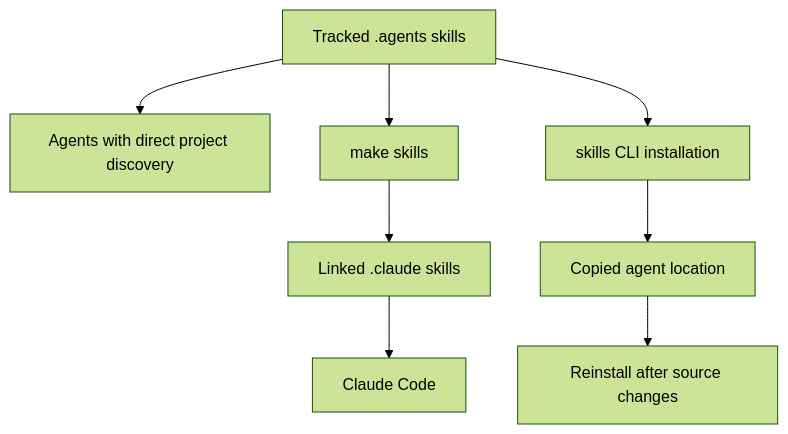
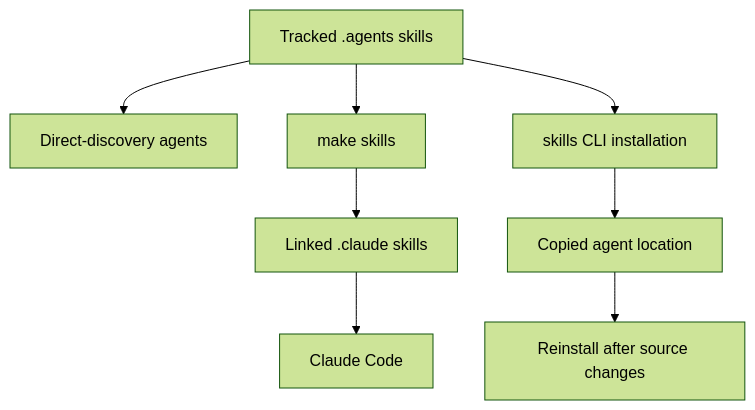
The diagram in openwiki/operations/agent-skills.md (langchain-ai/docs), drawn with Mermaid (forest theme) before and after one commit. The commit also changed other lines of this file and 32 other files, not shown here.

````diff
--- a/openwiki/operations/agent-skills.md
+++ b/openwiki/operations/agent-skills.md
@@ -68,10 +82,10 @@
 ```mermaid
 flowchart TD
-  Canonical["Tracked .agents skills"] --> Direct["Agents with direct project discovery"]
+  Canonical["Tracked .agents skills"] --> Direct["Direct-discovery agents"]
   Canonical --> Make["make skills"]
   Make --> Claude["Linked .claude skills"]
   Claude --> ClaudeCode["Claude Code"]
   Canonical --> CLI["skills CLI installation"]
   CLI --> Copy["Copied agent location"]
   Copy --> Refresh["Reinstall after source changes"]
 ```
````
